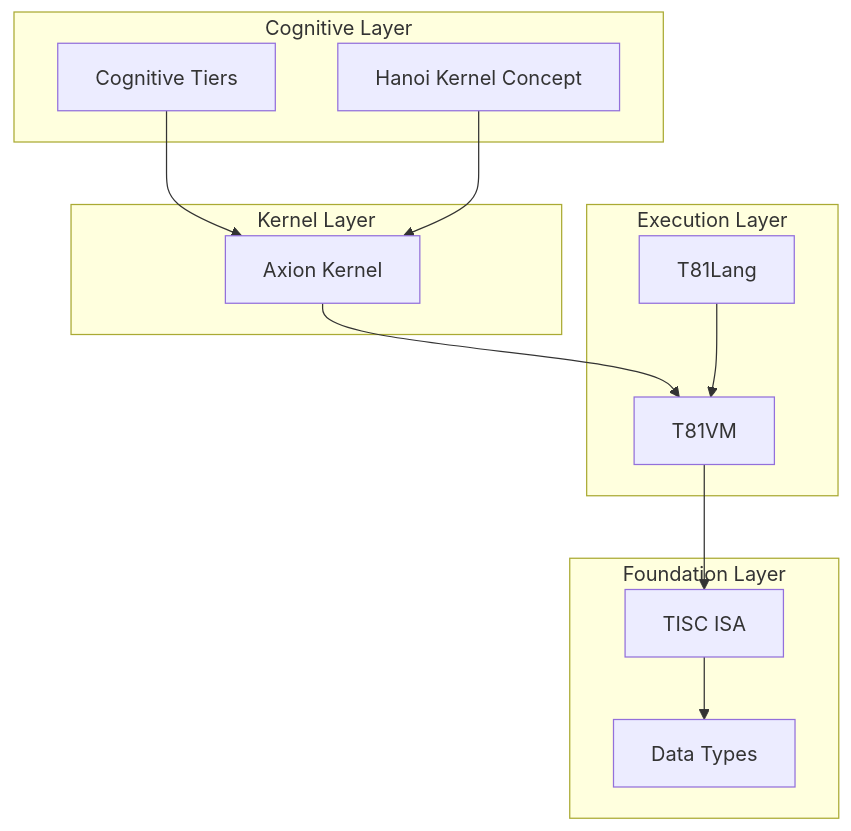
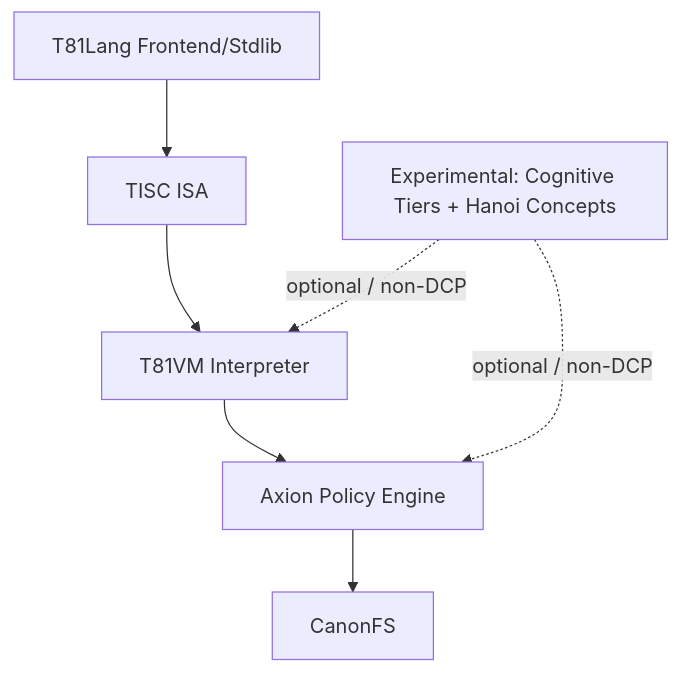
One commit to ryansctt1994-sudo/t81-foundation changed the first of 2 diagrams in docs/architecture/OVERVIEW.md. Above: the diagram before and after it, drawn with Mermaid. The commit also changed other lines of this file and 34 other files, not shown here.

Commit message:
docs(architecture): complete layer/cross-cutting set and archive restructure artifacts

````diff
--- a/docs/architecture/OVERVIEW.md
+++ b/docs/architecture/OVERVIEW.md
@@ -29,25 +20,13 @@
 ```mermaid
-graph TD
-    subgraph "Cognitive Layer"
-        F[Cognitive Tiers]
-        G[Hanoi Kernel Concept]
-    end
-    subgraph "Kernel Layer"
-        E[Axion Kernel]
-    end
-    subgraph "Execution Layer"
-        C[T81VM]
-        D[T81Lang]
-    end
-    subgraph "Foundation Layer"
-        A[Data Types]
-        B[TISC ISA]
-    end
+flowchart TD
+    L[T81Lang Frontend/Stdlib]
+    I[TISC ISA]
+    V[T81VM Interpreter]
+    A[Axion Policy Engine]
+    C[CanonFS]
+    X[Experimental: Cognitive Tiers + Hanoi Concepts]
 
-    F --> E
-    G --> E
-    E --> C
-    D --> C
-    C --> B
-    B --> A
+    L --> I --> V --> A --> C
+    X -. optional / non-DCP .-> V
+    X -. optional / non-DCP .-> A
 ```
````
